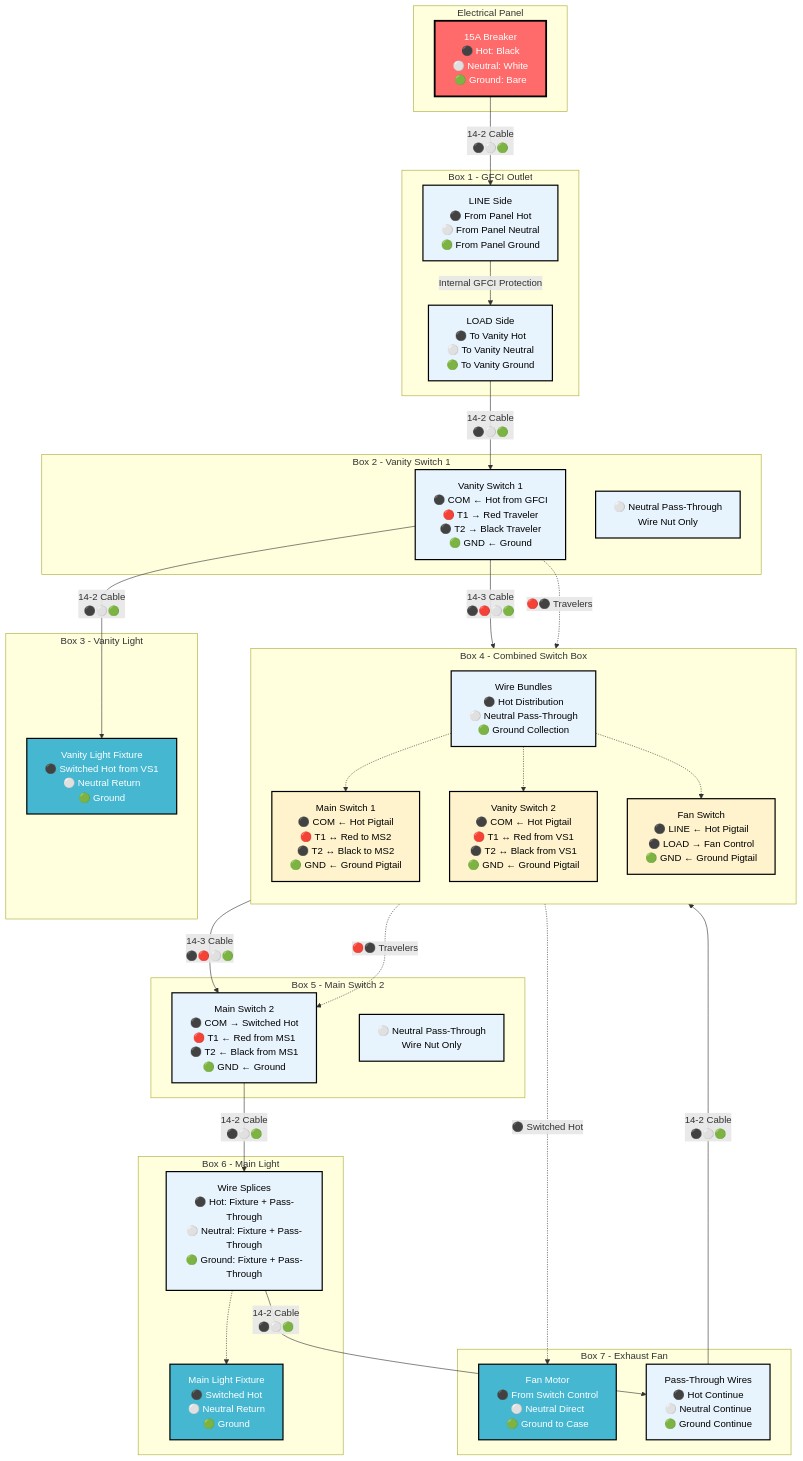
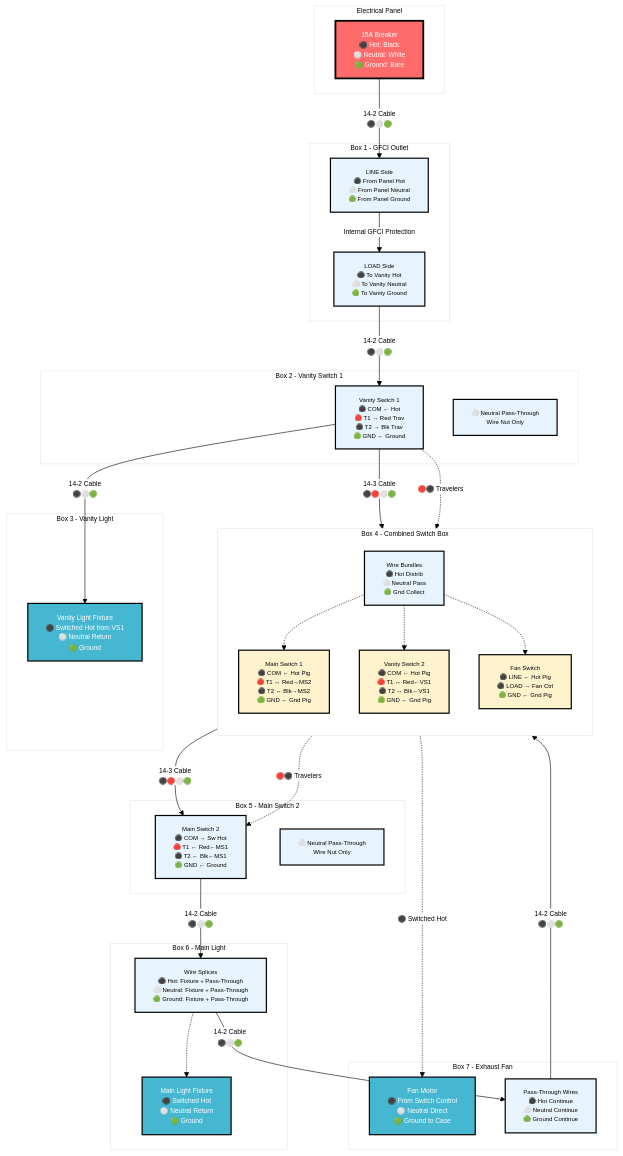
The third of 8 diagrams in diagrams/mermaid-wiring-diagram.md (ticklemycode/electrical-wiring), drawn with Mermaid before and after one commit. The commit also changed other lines of this file, not shown here.

````diff
--- a/diagrams/mermaid-wiring-diagram.md
+++ b/diagrams/mermaid-wiring-diagram.md
@@ -110,76 +111,77 @@
 ```mermaid
+%%{init: {'theme':'base', 'themeVariables': {'fontSize': '11px', 'fontFamily': 'Arial', 'primaryColor': '#ffffff', 'primaryTextColor': '#000000', 'lineColor': '#000000'}}}%%
 flowchart TD
     subgraph "Electrical Panel"
         PANEL[15A Breaker<br/>⚫ Hot: Black<br/>⚪ Neutral: White<br/>🟢 Ground: Bare]
     end
     
     subgraph "Box 1 - GFCI Outlet"
         GFCI_LINE[LINE Side<br/>⚫ From Panel Hot<br/>⚪ From Panel Neutral<br/>🟢 From Panel Ground]
         GFCI_LOAD[LOAD Side<br/>⚫ To Vanity Hot<br/>⚪ To Vanity Neutral<br/>🟢 To Vanity Ground]
         GFCI_LINE -->|Internal GFCI Protection| GFCI_LOAD
     end
     
     subgraph "Box 2 - Vanity Switch 1"
-        VS1_SWITCH[Vanity Switch 1<br/>⚫ COM ← Hot from GFCI<br/>🔴 T1 → Red Traveler<br/>⚫ T2 → Black Traveler<br/>🟢 GND ← Ground]
+        VS1_SWITCH[Vanity Switch 1<br/>⚫ COM ← Hot<br/>🔴 T1 → Red Trav<br/>⚫ T2 → Blk Trav<br/>🟢 GND ← Ground]
         VS1_NEUTRAL[⚪ Neutral Pass-Through<br/>Wire Nut Only]
     end
     
     subgraph "Box 3 - Vanity Light"
         VL_FIXTURE[Vanity Light Fixture<br/>⚫ Switched Hot from VS1<br/>⚪ Neutral Return<br/>🟢 Ground]
     end
     
     subgraph "Box 4 - Combined Switch Box"
         direction TB
-        COMB_MAIN[Main Switch 1<br/>⚫ COM ← Hot Pigtail<br/>🔴 T1 ↔ Red to MS2<br/>⚫ T2 ↔ Black to MS2<br/>🟢 GND ← Ground Pigtail]
-        COMB_VANITY[Vanity Switch 2<br/>⚫ COM ← Hot Pigtail<br/>🔴 T1 ↔ Red from VS1<br/>⚫ T2 ↔ Black from VS1<br/>🟢 GND ← Ground Pigtail]
-        COMB_FAN[Fan Switch<br/>⚫ LINE ← Hot Pigtail<br/>⚫ LOAD → Fan Control<br/>🟢 GND ← Ground Pigtail]
-        COMB_BUNDLES[Wire Bundles<br/>⚫ Hot Distribution<br/>⚪ Neutral Pass-Through<br/>🟢 Ground Collection]
+        COMB_MAIN[Main Switch 1<br/>⚫ COM ← Hot Pig<br/>🔴 T1 ↔ Red→MS2<br/>⚫ T2 ↔ Blk→MS2<br/>🟢 GND ← Gnd Pig]
+        COMB_VANITY[Vanity Switch 2<br/>⚫ COM ← Hot Pig<br/>🔴 T1 ↔ Red←VS1<br/>⚫ T2 ↔ Blk←VS1<br/>🟢 GND ← Gnd Pig]
+        COMB_FAN[Fan Switch<br/>⚫ LINE ← Hot Pig<br/>⚫ LOAD → Fan Ctrl<br/>🟢 GND ← Gnd Pig]
+        COMB_BUNDLES[Wire Bundles<br/>⚫ Hot Distrib<br/>⚪ Neutral Pass<br/>🟢 Gnd Collect]
         
         COMB_BUNDLES -.-> COMB_MAIN
         COMB_BUNDLES -.-> COMB_VANITY
         COMB_BUNDLES -.-> COMB_FAN
     end
     
     subgraph "Box 5 - Main Switch 2"
-        MS2_SWITCH[Main Switch 2<br/>⚫ COM → Switched Hot<br/>🔴 T1 ← Red from MS1<br/>⚫ T2 ← Black from MS1<br/>🟢 GND ← Ground]
+        MS2_SWITCH[Main Switch 2<br/>⚫ COM → Sw Hot<br/>🔴 T1 ← Red←MS1<br/>⚫ T2 ← Blk←MS1<br/>🟢 GND ← Ground]
         MS2_NEUTRAL[⚪ Neutral Pass-Through<br/>Wire Nut Only]
     end
     
     subgraph "Box 6 - Main Light"
         ML_FIXTURE[Main Light Fixture<br/>⚫ Switched Hot<br/>⚪ Neutral Return<br/>🟢 Ground]
         ML_SPLICE[Wire Splices<br/>⚫ Hot: Fixture + Pass-Through<br/>⚪ Neutral: Fixture + Pass-Through<br/>🟢 Ground: Fixture + Pass-Through]
         ML_SPLICE -.-> ML_FIXTURE
     end
     
     subgraph "Box 7 - Exhaust Fan"
         FAN_MOTOR[Fan Motor<br/>⚫ From Switch Control<br/>⚪ Neutral Direct<br/>🟢 Ground to Case]
         FAN_PASS[Pass-Through Wires<br/>⚫ Hot Continue<br/>⚪ Neutral Continue<br/>🟢 Ground Continue]
     end
     
     %% Cable Connections with Wire Colors
     PANEL -->|14-2 Cable<br/>⚫⚪🟢| GFCI_LINE
     GFCI_LOAD -->|14-2 Cable<br/>⚫⚪🟢| VS1_SWITCH
     VS1_SWITCH -->|14-2 Cable<br/>⚫⚪🟢| VL_FIXTURE
     VS1_SWITCH -->|14-3 Cable<br/>⚫🔴⚪🟢| COMB_BUNDLES
     COMB_BUNDLES -->|14-3 Cable<br/>⚫🔴⚪🟢| MS2_SWITCH
     MS2_SWITCH -->|14-2 Cable<br/>⚫⚪🟢| ML_SPLICE
     ML_SPLICE -->|14-2 Cable<br/>⚫⚪🟢| FAN_PASS
     FAN_PASS -->|14-2 Cable<br/>⚫⚪🟢| COMB_BUNDLES
     
     %% Control Wires
     COMB_FAN -.->|⚫ Switched Hot| FAN_MOTOR
     
     %% Traveler Connections
     VS1_SWITCH -.->|🔴⚫ Travelers| COMB_VANITY
     COMB_MAIN -.->|🔴⚫ Travelers| MS2_SWITCH
     
-    classDef panelStyle fill:#ff6b6b,stroke:#000,stroke-width:3px,color:#fff
-    classDef boxStyle fill:#e8f4fd,stroke:#000,stroke-width:2px,color:#000
-    classDef deviceStyle fill:#fff3cd,stroke:#000,stroke-width:2px,color:#000
-    classDef fixtureStyle fill:#45b7d1,stroke:#000,stroke-width:2px,color:#fff
+    classDef panelStyle fill:#ff6b6b,stroke:#000,stroke-width:3px,color:#fff,font-size:11px
+    classDef boxStyle fill:#e8f4fd,stroke:#000,stroke-width:2px,color:#000,font-size:10px
+    classDef deviceStyle fill:#fff3cd,stroke:#000,stroke-width:2px,color:#000,font-size:10px
+    classDef fixtureStyle fill:#45b7d1,stroke:#000,stroke-width:2px,color:#fff,font-size:11px
     
     class PANEL panelStyle
     class GFCI_LINE,GFCI_LOAD,VL_SPLICE,VS1_SWITCH,VS1_NEUTRAL,COMB_BUNDLES,MS2_SWITCH,MS2_NEUTRAL,ML_SPLICE,FAN_PASS boxStyle
     class COMB_MAIN,COMB_VANITY,COMB_FAN deviceStyle
     class VL_FIXTURE,ML_FIXTURE,FAN_MOTOR fixtureStyle
 ```
````
